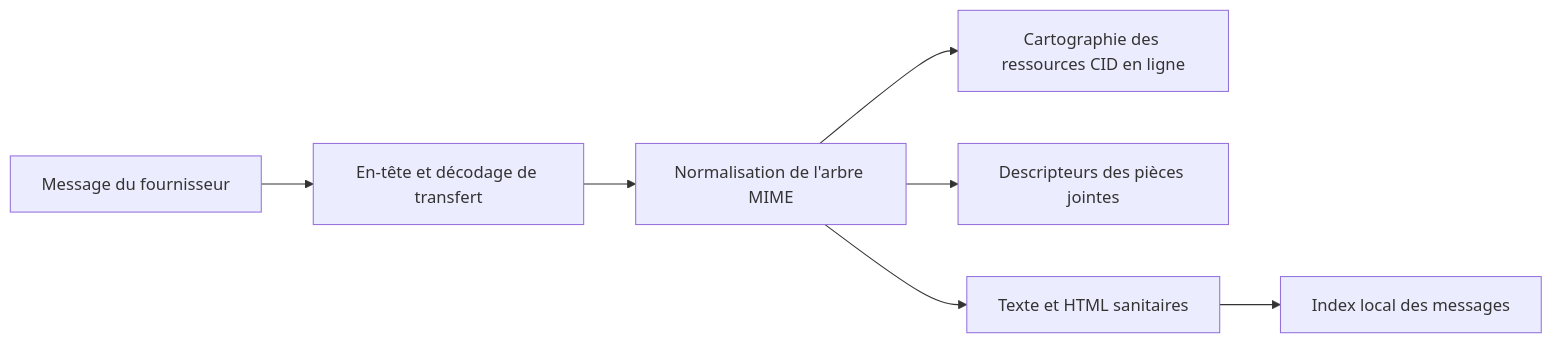
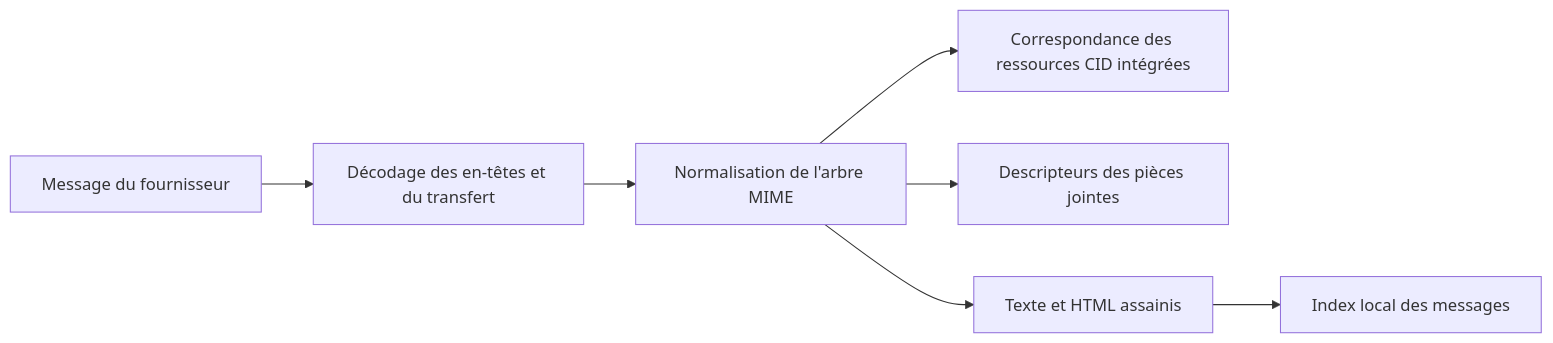
The diagram in docs/engineering-fr/domains/mail.md (ismigar/Gnosi), drawn with Mermaid before and after one commit. The commit also changed other lines of this file and 96 other files, not shown here.

````diff
--- a/docs/engineering-fr/domains/mail.md
+++ b/docs/engineering-fr/domains/mail.md
@@ -48,9 +89,9 @@
 ```mermaid
 flowchart LR
-    Raw["Message du fournisseur"] --> Decode["En-tête et décodage de transfert"]
+    Raw["Message du fournisseur"] --> Decode["Décodage des en-têtes et du transfert"]
     Decode --> MIME["Normalisation de l'arbre MIME"]
-    MIME --> CID["Cartographie des ressources CID en ligne"]
+    MIME --> CID["Correspondance des ressources CID intégrées"]
     MIME --> Attach["Descripteurs des pièces jointes"]
-    MIME --> Body["Texte et HTML sanitaires"]
+    MIME --> Body["Texte et HTML assainis"]
     Body --> Index["Index local des messages"]
 ```
````
